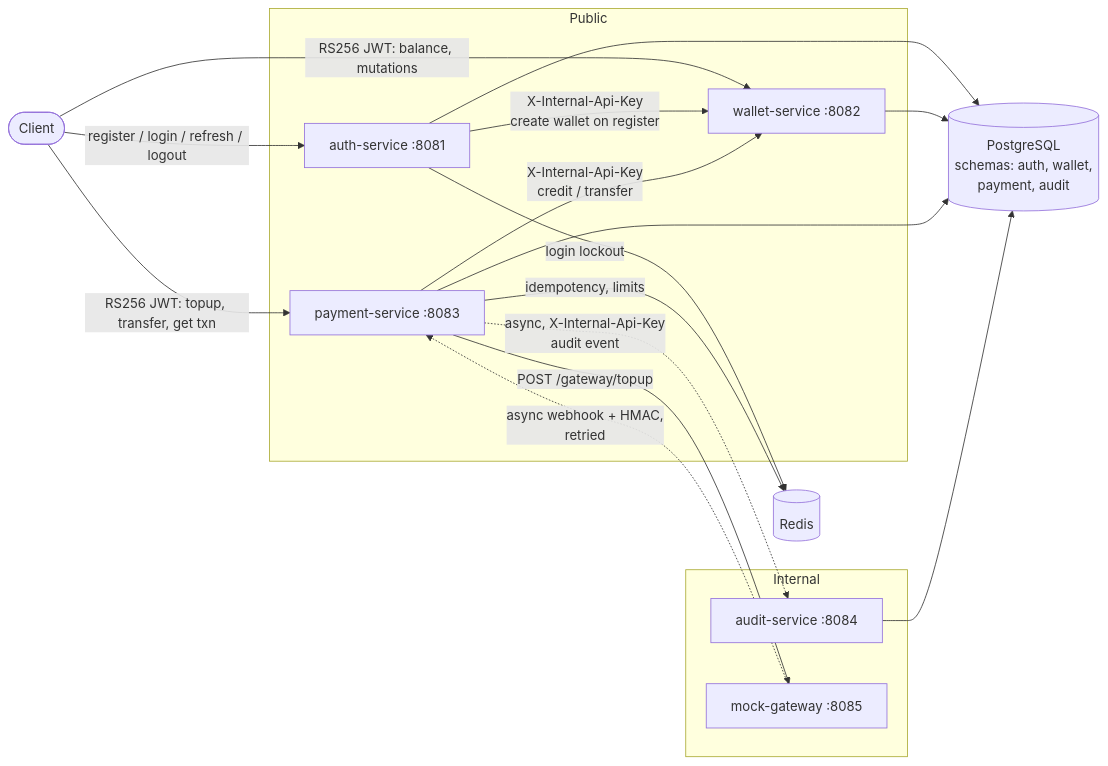
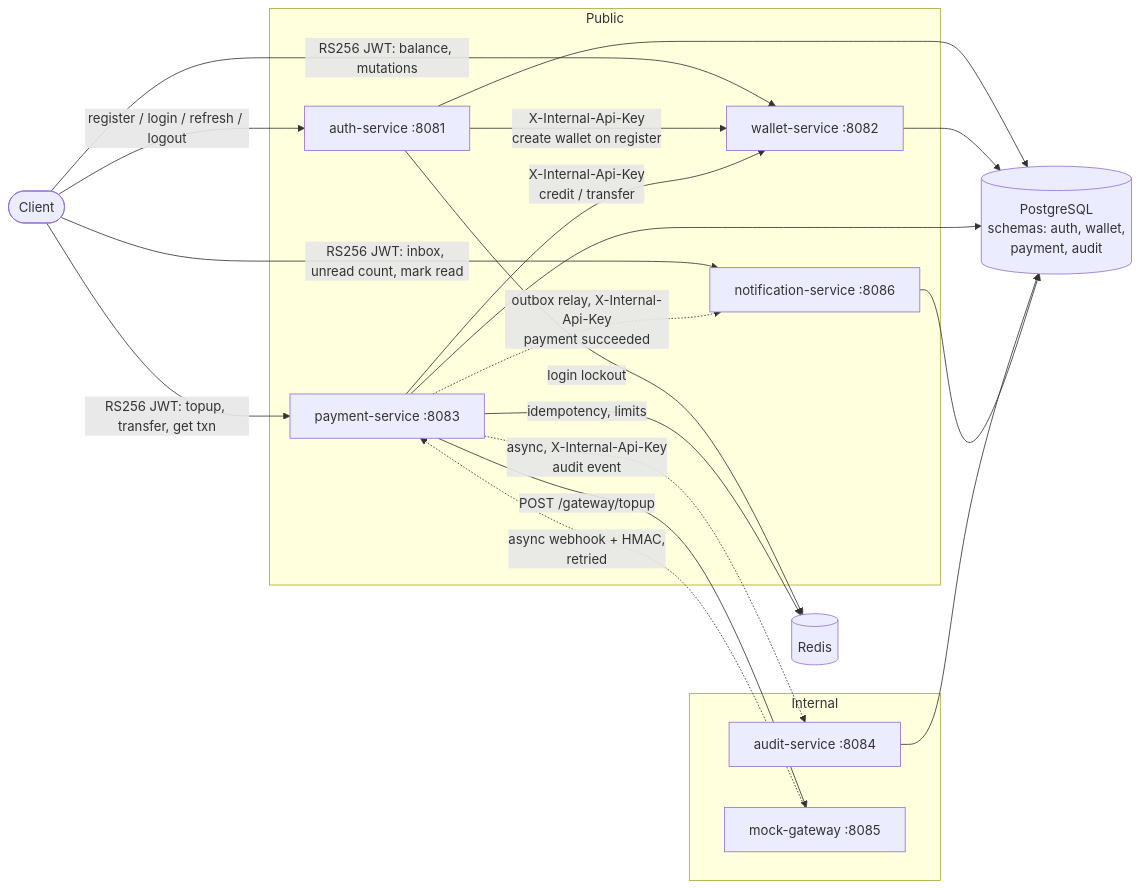
The first of 6 diagrams in architecture.md (lukmnh/monorepo-wallet), drawn with Mermaid before and after one commit. The commit also changed other lines of this file and 69 other files, not shown here.

First line of the commit message:
feat: add notification service with transactional outbox

````diff
--- a/architecture.md
+++ b/architecture.md
@@ -59,35 +60,39 @@
 ```mermaid
 flowchart LR
     Client([Client])
 
     subgraph Public
         AUTH[auth-service :8081]
         WAL[wallet-service :8082]
         PAY[payment-service :8083]
+        NOTIF[notification-service :8086]
     end
 
     subgraph Internal
         AUD[audit-service :8084]
         GW[mock-gateway :8085]
     end
 
     PG[(PostgreSQL<br/>schemas: auth, wallet,<br/>payment, audit)]
     RD[(Redis)]
 
     Client -->|register / login / refresh / logout| AUTH
     Client -->|RS256 JWT: balance, mutations| WAL
     Client -->|RS256 JWT: topup, transfer, get txn| PAY
+    Client -->|RS256 JWT: inbox, unread count, mark read| NOTIF
 
     AUTH -->|X-Internal-Api-Key<br/>create wallet on register| WAL
     PAY -->|X-Internal-Api-Key<br/>credit / transfer| WAL
     PAY -.->|async, X-Internal-Api-Key<br/>audit event| AUD
     PAY -->|POST /gateway/topup| GW
+    PAY -.->|outbox relay, X-Internal-Api-Key<br/>payment succeeded| NOTIF
     GW -.->|async webhook + HMAC,<br/>retried| PAY
 
     AUTH --> PG
     AUTH -->|login lockout| RD
     WAL --> PG
     PAY --> PG
     PAY -->|idempotency, limits| RD
     AUD --> PG
+    NOTIF --> PG
 ```
````
